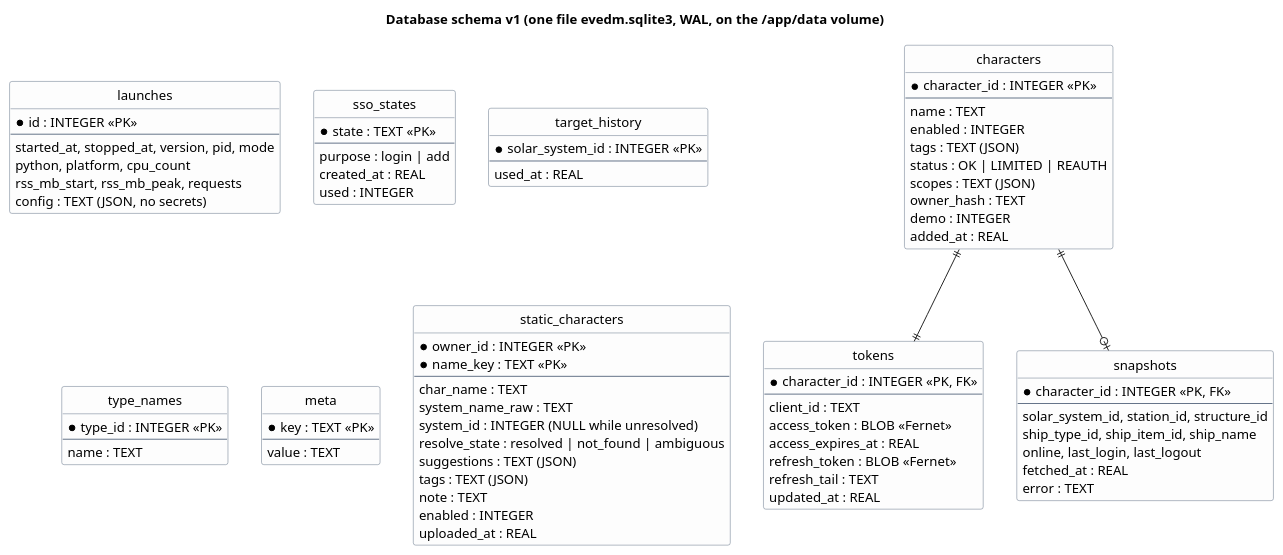
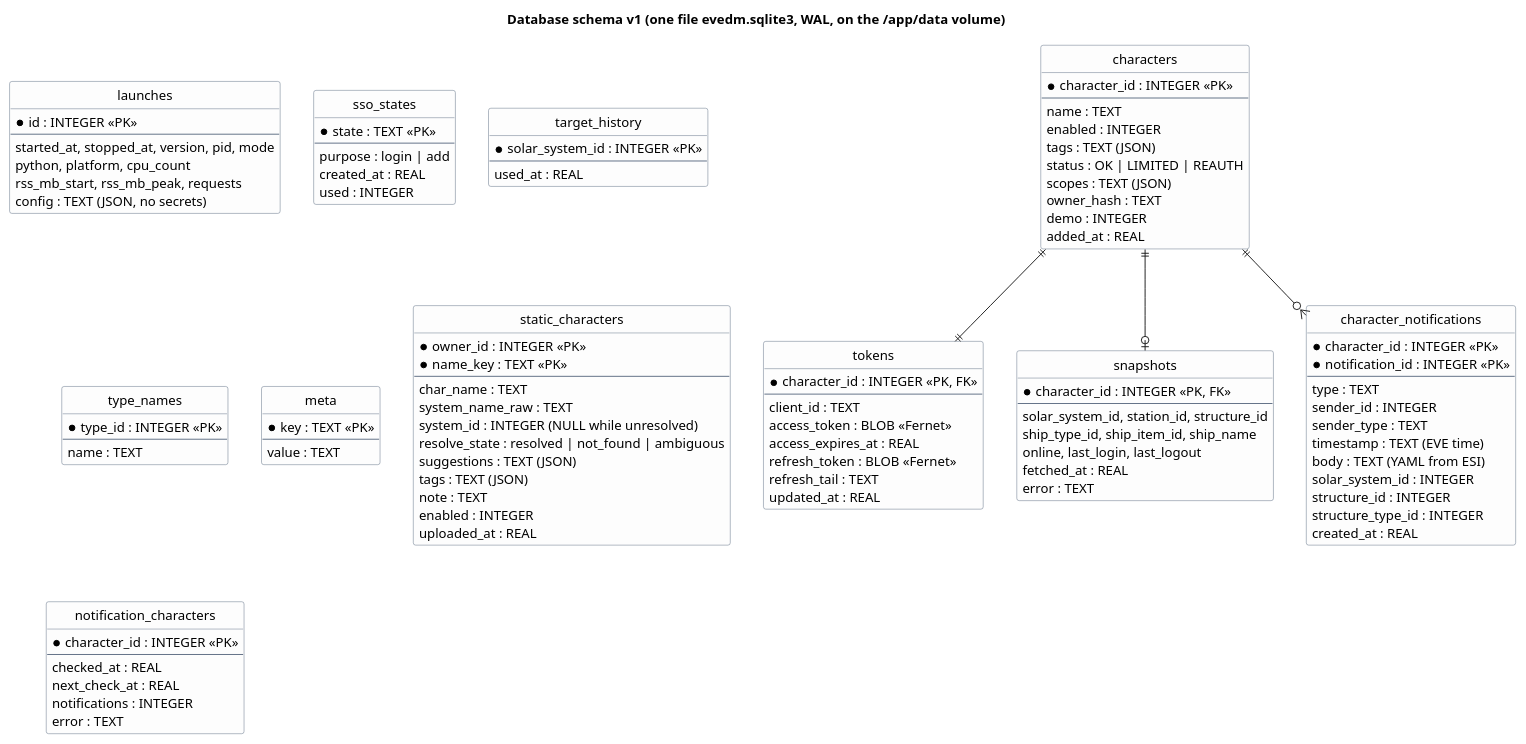
One commit to Headruner/war-bot-2 changed the diagram in docs/c4/09-data-model.puml. Above: the diagram before and after it, drawn with PlantUML. The commit also changed 8 other files, not shown here.

```diff
--- a/docs/c4/09-data-model.puml
+++ b/docs/c4/09-data-model.puml
@@ -1,87 +1,110 @@
 @startuml data-model
 title Database schema v1 (one file evedm.sqlite3, WAL, on the /app/data volume)
 skinparam shadowing false
 hide circle
 hide methods
 skinparam class {
   BackgroundColor #FDFDFD
   BorderColor #5B6B82
 }
 entity characters {
   * character_id : INTEGER <<PK>>
   --
   name : TEXT
   enabled : INTEGER
   tags : TEXT (JSON)
   status : OK | LIMITED | REAUTH
   scopes : TEXT (JSON)
   owner_hash : TEXT
   demo : INTEGER
   added_at : REAL
 }
 entity tokens {
   * character_id : INTEGER <<PK, FK>>
   --
   client_id : TEXT
   access_token : BLOB <<Fernet>>
   access_expires_at : REAL
   refresh_token : BLOB <<Fernet>>
   refresh_tail : TEXT
   updated_at : REAL
 }
 entity snapshots {
   * character_id : INTEGER <<PK, FK>>
   --
   solar_system_id, station_id, structure_id
   ship_type_id, ship_item_id, ship_name
   online, last_login, last_logout
   fetched_at : REAL
   error : TEXT
 }
 entity launches {
   * id : INTEGER <<PK>>
   --
   started_at, stopped_at, version, pid, mode
   python, platform, cpu_count
   rss_mb_start, rss_mb_peak, requests
   config : TEXT (JSON, no secrets)
 }
 entity sso_states {
   * state : TEXT <<PK>>
   --
   purpose : login | add
   created_at : REAL
   used : INTEGER
 }
 entity target_history {
   * solar_system_id : INTEGER <<PK>>
   --
   used_at : REAL
 }
 entity type_names {
   * type_id : INTEGER <<PK>>
   --
   name : TEXT
 }
 entity meta {
   * key : TEXT <<PK>>
   --
   value : TEXT
 }
 entity static_characters {
   * owner_id : INTEGER <<PK>>
   * name_key : TEXT <<PK>>
   --
   char_name : TEXT
   system_name_raw : TEXT
   system_id : INTEGER (NULL while unresolved)
   resolve_state : resolved | not_found | ambiguous
   suggestions : TEXT (JSON)
   tags : TEXT (JSON)
   note : TEXT
   enabled : INTEGER
   uploaded_at : REAL
 }
+entity character_notifications {
+  * character_id : INTEGER <<PK>>
+  * notification_id : INTEGER <<PK>>
+  --
+  type : TEXT
+  sender_id : INTEGER
+  sender_type : TEXT
+  timestamp : TEXT (EVE time)
+  body : TEXT (YAML from ESI)
+  solar_system_id : INTEGER
+  structure_id : INTEGER
+  structure_type_id : INTEGER
+  created_at : REAL
+}
+entity notification_characters {
+  * character_id : INTEGER <<PK>>
+  --
+  checked_at : REAL
+  next_check_at : REAL
+  notifications : INTEGER
+  error : TEXT
+}
 characters ||--|| tokens
 characters ||--o| snapshots
+characters ||--o{ character_notifications
 @enduml
```
